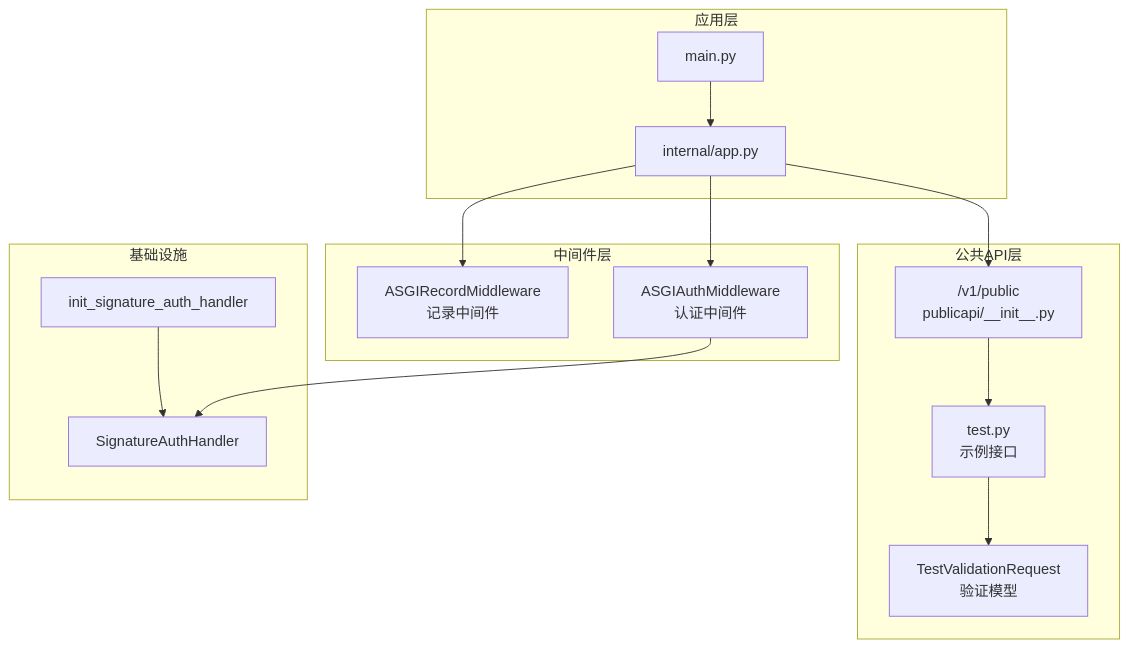
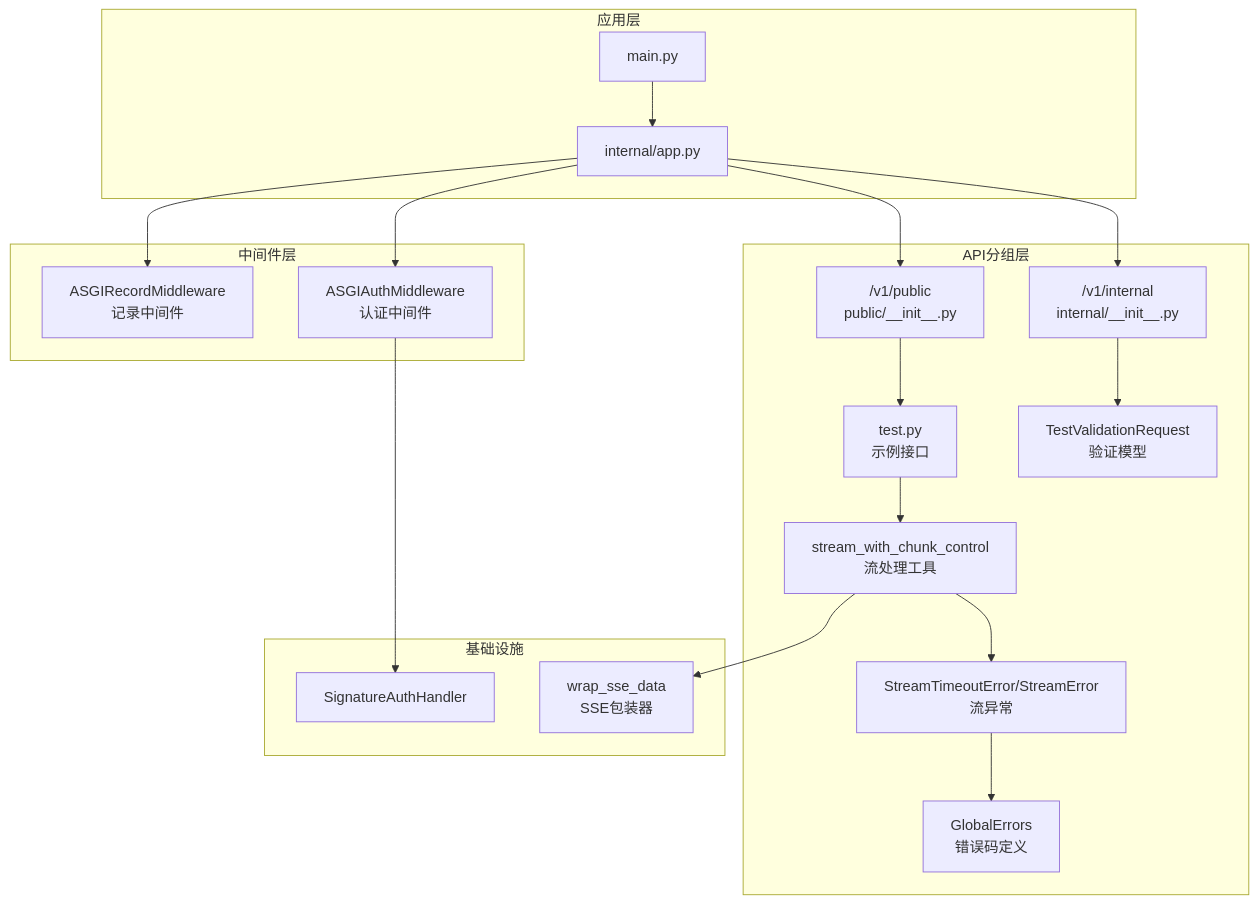
One commit to lilinzezzzzzz/fastapi-backend changed the fourth of 4 diagrams in .qoder/repowiki/zh/content/API接口文档/Public API接口.md. Above: the diagram before and after it, drawn with Mermaid. The commit also changed other lines of this file and 42 other files, not shown here.

````diff
--- a/.qoder/repowiki/zh/content/API接口文档/Public API接口.md
+++ b/.qoder/repowiki/zh/content/API接口文档/Public API接口.md
@@ -252,28 +295,36 @@
 ```mermaid
 graph TB
 subgraph "应用层"
 M["main.py"]
 A["internal/app.py"]
 end
 subgraph "中间件层"
 R["ASGIRecordMiddleware<br/>记录中间件"]
 T["ASGIAuthMiddleware<br/>认证中间件"]
 end
-subgraph "公共API层"
-P["/v1/public<br/>publicapi/__init__.py"]
+subgraph "API分组层"
+P["/v1/public<br/>public/__init__.py"]
+I["/v1/internal<br/>internal/__init__.py"]
 S["test.py<br/>示例接口"]
 V["TestValidationRequest<br/>验证模型"]
+ST["stream_with_chunk_control<br/>流处理工具"]
+ERR["StreamTimeoutError/StreamError<br/>流异常"]
+END["GlobalErrors<br/>错误码定义"]
 end
 subgraph "基础设施"
-I["init_signature_auth_handler"]
 SIG["SignatureAuthHandler"]
+WRAP["wrap_sse_data<br/>SSE包装器"]
 end
 M --> A
 A --> R
 A --> T
 A --> P
+A --> I
 P --> S
-S --> V
-I --> SIG
+I --> V
 T --> SIG
+S --> ST
+ST --> WRAP
+ST --> ERR
+ERR --> END
 ```
````
